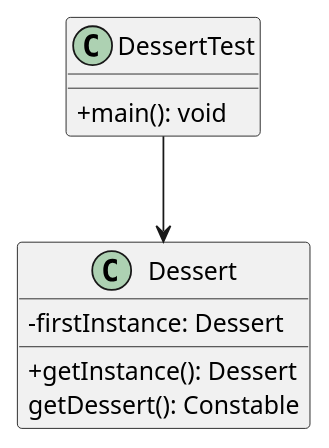
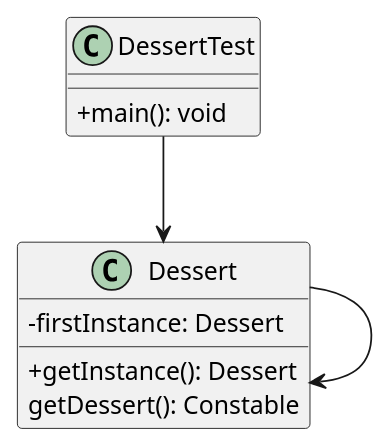
One commit to ConorDoesStuffAndThings/software-design-patterns changed the diagram in Singleton/SingletonUML.puml. Above: the diagram before and after it, drawn with PlantUML. The commit also changed 11 other files, not shown here.

Commit message:
UML's done

```diff
--- a/Singleton/SingletonUML.puml
+++ b/Singleton/SingletonUML.puml
@@ -1,15 +1,18 @@
 @startuml
 skinparam classAttributeIconSize 0
 
 class Dessert{
     - firstInstance: Dessert
     + getInstance(): Dessert
     getDessert(): Constable
 }
 
 class DessertTest{
 +main(): void
 }
 
 DessertTest --> Dessert
+
+Dessert --> Dessert
+
 @enduml
```
